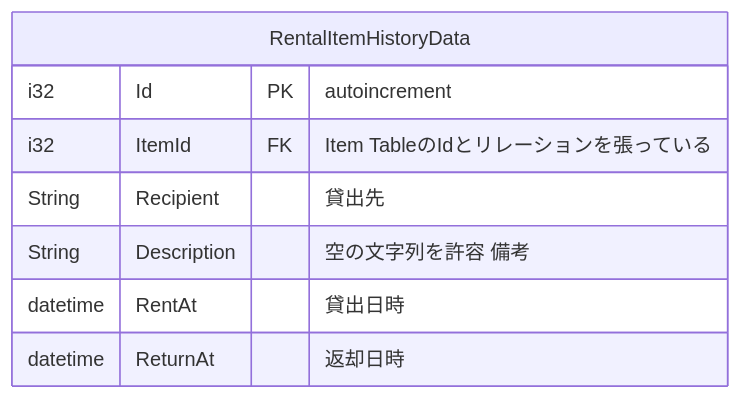
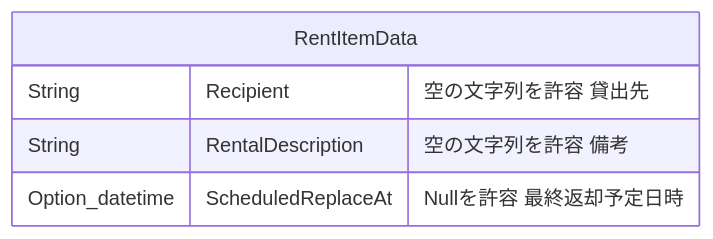
One commit to sohosai/dashi changed diagram 13 of 17 in documents/endpoint.md. Above: the diagram before and after it, drawn with Mermaid. The commit also changed other lines of this file and 1 other file, not shown here.

````diff
--- a/documents/endpoint.md
+++ b/documents/endpoint.md
@@ -569,11 +708,8 @@
 ```mermaid
 erDiagram
-    RentalItemHistoryData {
-        i32 Id PK "autoincrement"
-        i32 ItemId FK "Item TableのIdとリレーションを張っている"
-        String Recipient "貸出先"
-        String Description "空の文字列を許容 備考"
-        datetime RentAt "貸出日時"
-        datetime ReturnAt "返却日時"
+    RentItemData {
+        String Recipient "空の文字列を許容 貸出先"
+        String RentalDescription "空の文字列を許容 備考"
+        Option_datetime ScheduledReplaceAt "Nullを許容 最終返却予定日時"
     }
 ```
````
